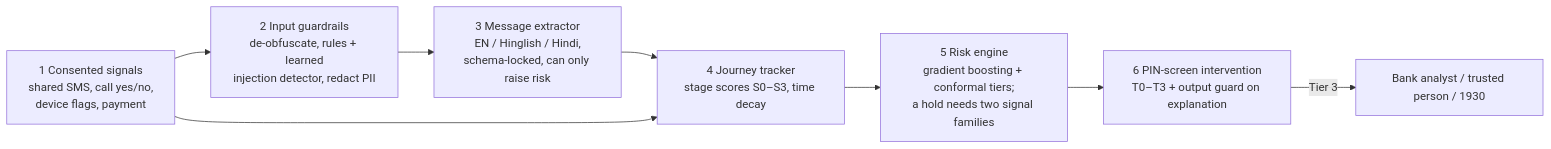
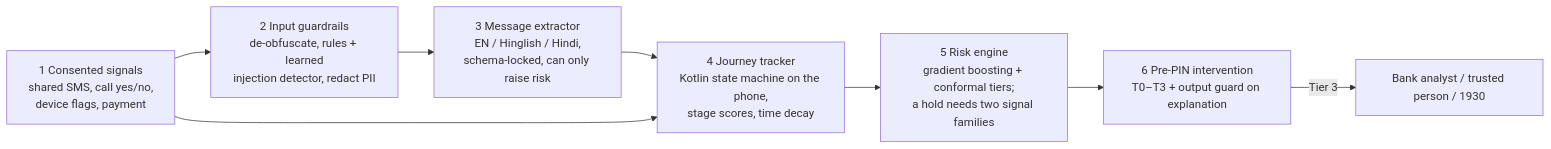
Before and after one commit to Lakshya44444/cyber: the diagram in README.md, drawn with Mermaid. The commit also changed other lines of this file and 34 other files, not shown here.

````diff
--- a/README.md
+++ b/README.md
@@ -11,10 +13,10 @@
 ```mermaid
 flowchart LR
     A[1 Consented signals<br/>shared SMS, call yes/no,<br/>device flags, payment] --> B[2 Input guardrails<br/>de-obfuscate, rules + learned<br/>injection detector, redact PII]
     B --> C[3 Message extractor<br/>EN / Hinglish / Hindi,<br/>schema-locked, can only raise risk]
-    C --> D[4 Journey tracker<br/>stage scores S0–S3, time decay]
+    C --> D[4 Journey tracker<br/>Kotlin state machine on the phone,<br/>stage scores, time decay]
     A --> D
     D --> E[5 Risk engine<br/>gradient boosting + conformal tiers;<br/>a hold needs two signal families]
-    E --> F[6 PIN-screen intervention<br/>T0–T3 + output guard on explanation]
+    E --> F[6 Pre-PIN intervention<br/>T0–T3 + output guard on explanation]
     F -->|Tier 3| G[Bank analyst / trusted person / 1930]
 ```
````
